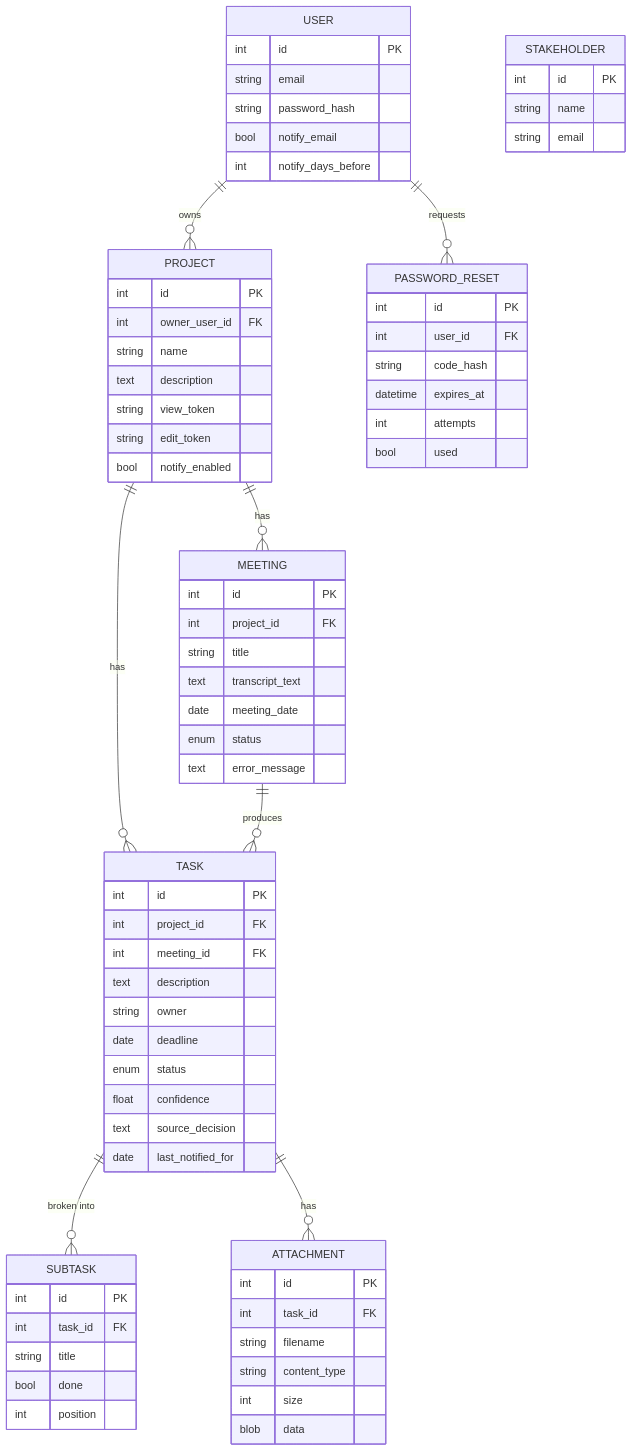
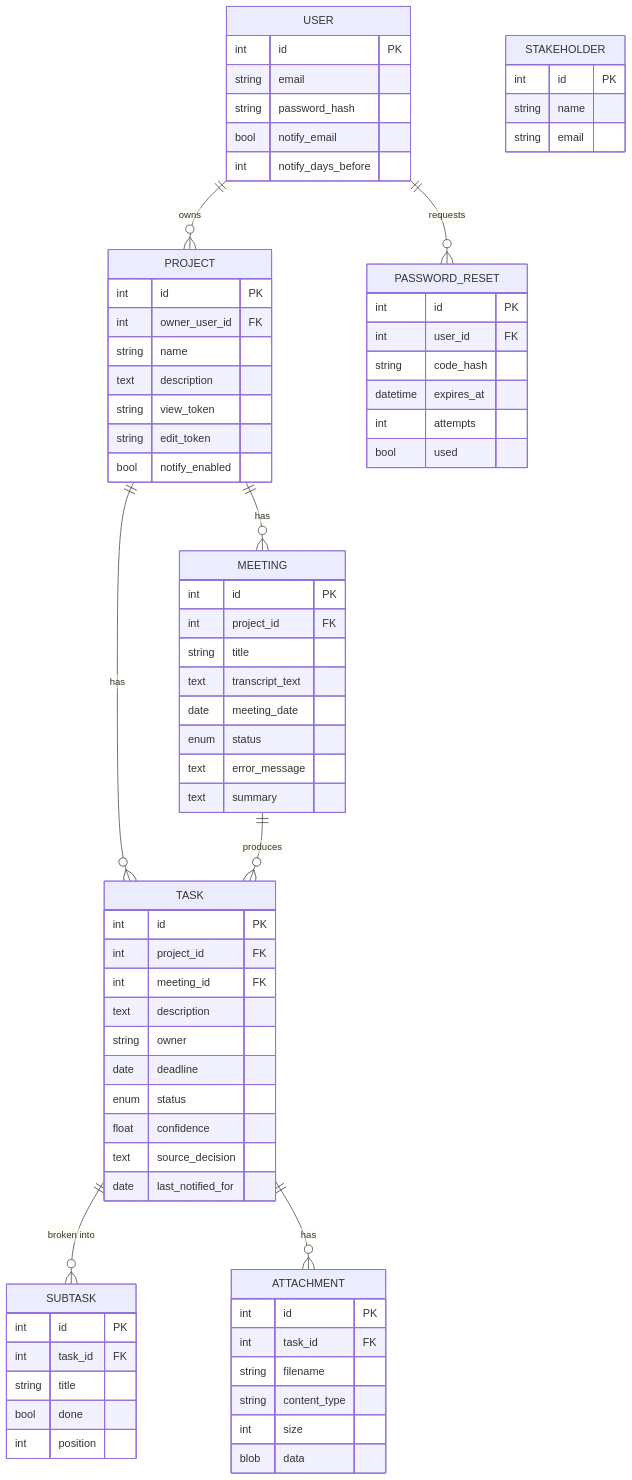
One commit to chinliong/meeting-orchestrator changed the third of 3 diagrams in docs/architecture.md. Above: the diagram before and after it, drawn with Mermaid. The commit also changed other lines of this file and 12 other files, not shown here.

````diff
--- a/docs/architecture.md
+++ b/docs/architecture.md
@@ -196,75 +206,76 @@
 ```mermaid
 erDiagram
     USER ||--o{ PROJECT : owns
     USER ||--o{ PASSWORD_RESET : requests
     PROJECT ||--o{ MEETING : has
     PROJECT ||--o{ TASK : has
     MEETING ||--o{ TASK : produces
     TASK ||--o{ SUBTASK : "broken into"
     TASK ||--o{ ATTACHMENT : has
     USER {
         int id PK
         string email
         string password_hash
         bool notify_email
         int notify_days_before
     }
     PASSWORD_RESET {
         int id PK
         int user_id FK
         string code_hash
         datetime expires_at
         int attempts
         bool used
     }
     PROJECT {
         int id PK
         int owner_user_id FK
         string name
         text description
         string view_token
         string edit_token
         bool notify_enabled
     }
     MEETING {
         int id PK
         int project_id FK
         string title
         text transcript_text
         date meeting_date
         enum status
         text error_message
+        text summary
     }
     TASK {
         int id PK
         int project_id FK
         int meeting_id FK
         text description
         string owner
         date deadline
         enum status
         float confidence
         text source_decision
         date last_notified_for
     }
     SUBTASK {
         int id PK
         int task_id FK
         string title
         bool done
         int position
     }
     ATTACHMENT {
         int id PK
         int task_id FK
         string filename
         string content_type
         int size
         blob data
     }
     STAKEHOLDER {
         int id PK
         string name
         string email
     }
 ```
````
